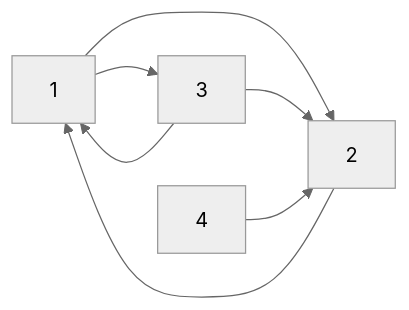
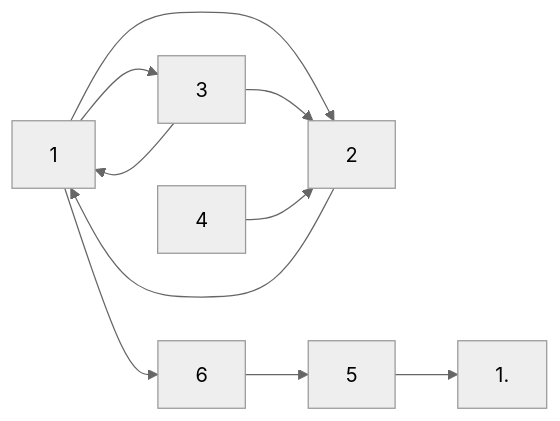
The third of 3 diagrams in seconde/Web/Moteurs_de_recherche.md (boddaert/snt), drawn with Mermaid (neutral theme) before and after one commit. The commit also changed other lines of this file, not shown here.

````diff
--- a/seconde/Web/Moteurs_de_recherche.md
+++ b/seconde/Web/Moteurs_de_recherche.md
@@ -112,9 +126,12 @@
 ```mermaid
   graph LR;
       1-->2;
+      1-->6;
+      6-->5;
+      5-->1.
       2-->1;
       1-->3;
       3-->1;
       3-->2;
       4-->2;
 ```
````
